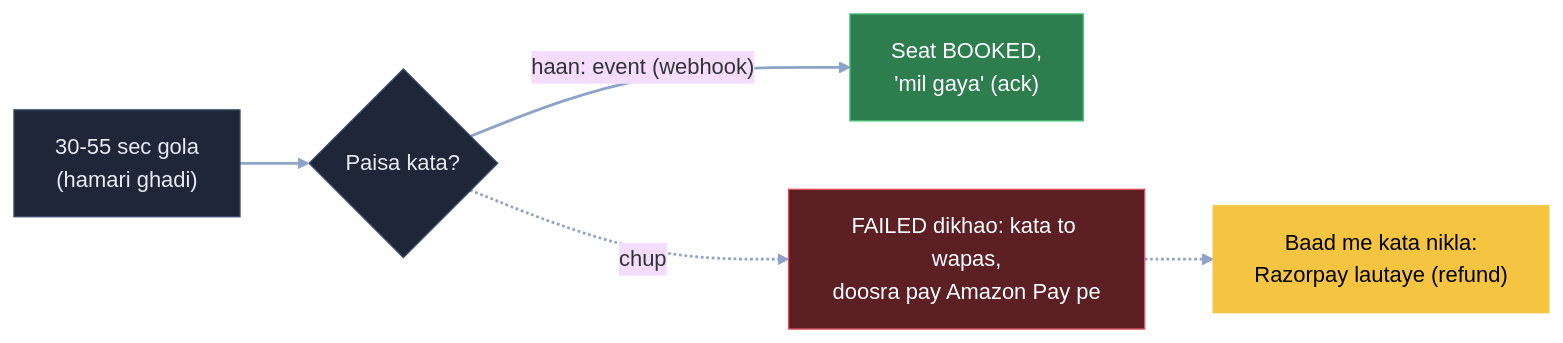
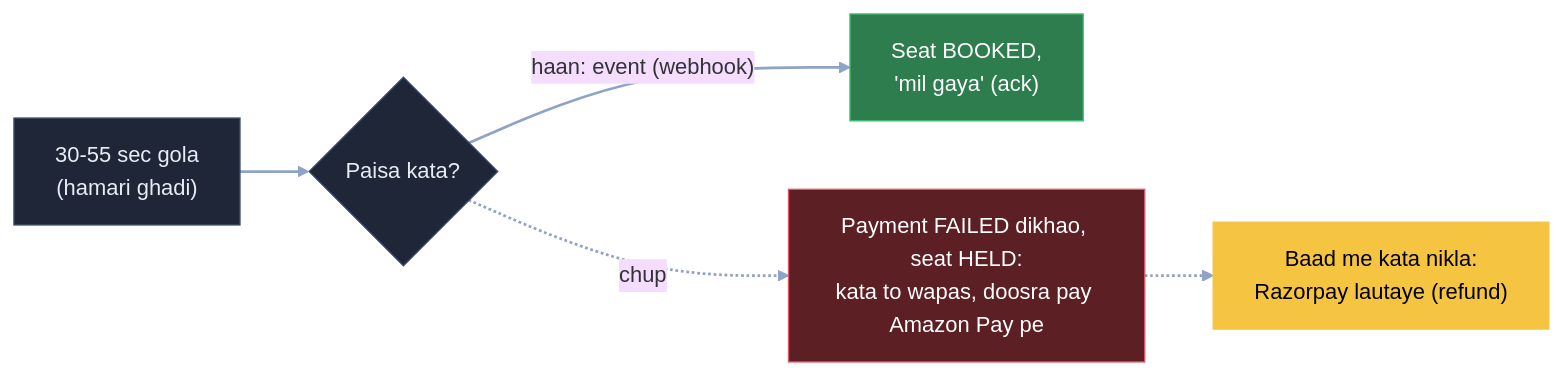
The seventh of 11 diagrams in 04_HLD/SYSTEM_DESIGNS/09_bookmyshow/09_bookmyshow.md (ArpanMaheshwari144/Prep), drawn with Mermaid (base theme) before and after one commit. The commit also changed other lines of this file and 2 other files, not shown here.

Commit message:
BMS 6a-6f: Arpan ka faisla - 30-55 sec pe payment FAILED par seat mat chhodo (bachi umar tak HELD, dobara pay doosre PSP pe); 6a misaal 5:20, 6e kadi, state diagram, FR, chain

````diff
--- a/04_HLD/SYSTEM_DESIGNS/09_bookmyshow/09_bookmyshow.md
+++ b/04_HLD/SYSTEM_DESIGNS/09_bookmyshow/09_bookmyshow.md
@@ -270,12 +274,12 @@
 ```mermaid
 flowchart LR
     G["30-55 sec gola<br/>(hamari ghadi)"]:::card --> P{"Paisa kata?"}:::card
     P -- "haan: event (webhook)" --> S["Seat BOOKED,<br/>'mil gaya' (ack)"]:::good
-    P -. "chup" .-> F["FAILED dikhao: kata to wapas,<br/>doosra pay Amazon Pay pe"]:::bad
+    P -. "chup" .-> F["Payment FAILED dikhao, seat HELD:<br/>kata to wapas, doosra pay Amazon Pay pe"]:::bad
     F -.-> R["Baad me kata nikla:<br/>Razorpay lautaye (refund)"]:::pill
     linkStyle default stroke:#8fa3c7,stroke-width:2px
     classDef card fill:#1e2638,stroke:#3a4a6b,color:#e8ecf5
     classDef pill fill:#f5c542,stroke:#f5c542,color:#000
     classDef good fill:#2e7d4f,stroke:#3fbf6f,color:#fff
     classDef bad fill:#5c1f24,stroke:#e05561,color:#fff
 ```
````
